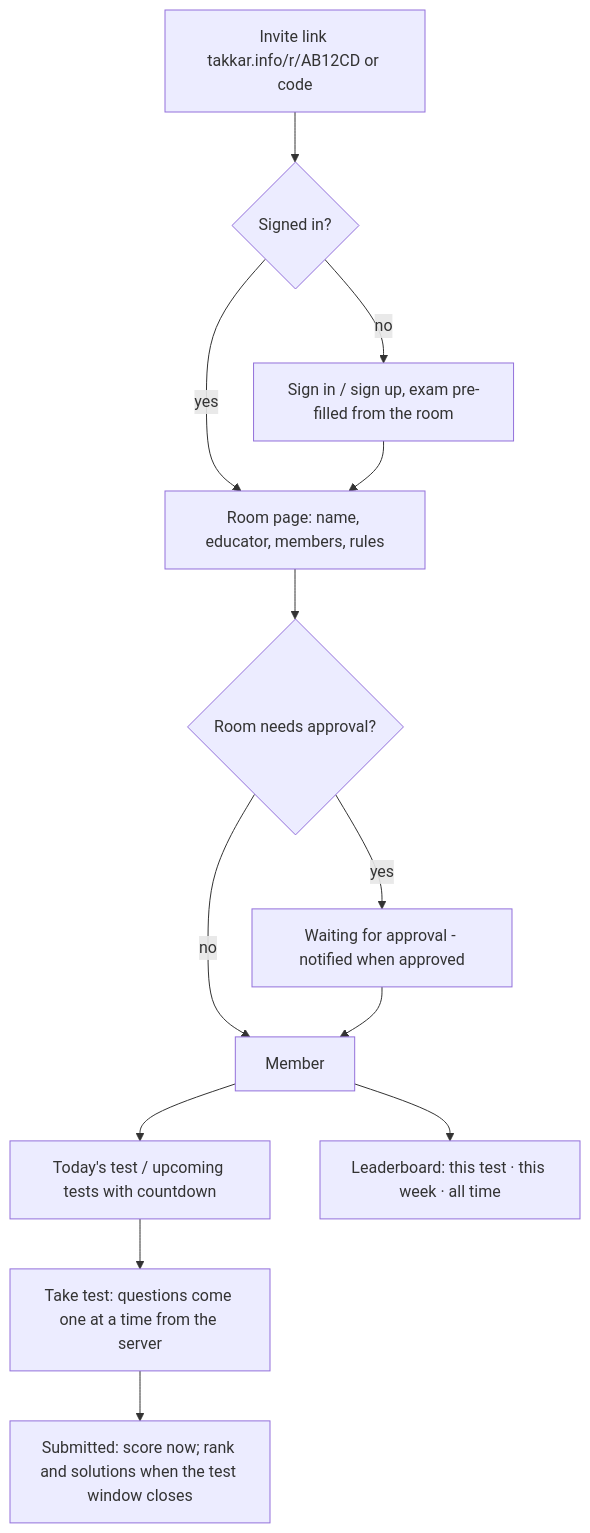
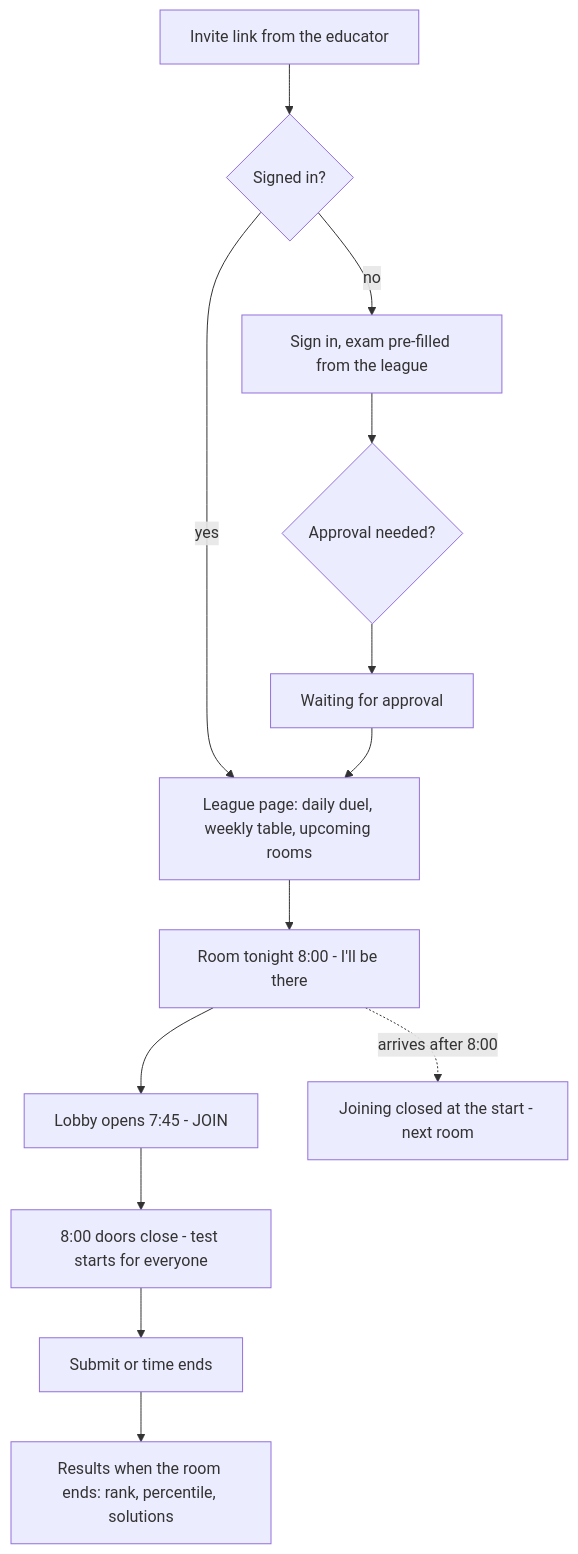
Before and after one commit to dharmendra3840/takkar: the fifth of 6 diagrams in design/02-user-flows.md, drawn with Mermaid. The commit also changed other lines of this file and 9 other files, not shown here.

````diff
--- a/design/02-user-flows.md
+++ b/design/02-user-flows.md
@@ -58,15 +71,13 @@
 ```mermaid
 flowchart TD
-  L[Invite link takkar.info/r/AB12CD or code] --> J{Signed in?}
-  J -- no --> S[Sign in / sign up, exam pre-filled from the room]
-  J -- yes --> K[Room page: name, educator, members, rules]
-  S --> K
-  K --> A{Room needs approval?}
-  A -- yes --> W[Waiting for approval - notified when approved]
-  A -- no --> IN[Member]
-  W --> IN
-  IN --> T[Today's test / upcoming tests with countdown]
-  T --> TT[Take test: questions come one at a time from the server]
-  TT --> TR[Submitted: score now; rank and solutions when the test window closes]
-  IN --> LB[Leaderboard: this test · this week · all time]
+  L[Invite link from the educator] --> S{Signed in?}
+  S -- no --> SU[Sign in, exam pre-filled from the league]
+  S -- yes --> LP[League page: daily duel, weekly table, upcoming rooms]
+  SU --> AP{Approval needed?} --> W[Waiting for approval] --> LP
+  LP --> RS[Room tonight 8:00 - I'll be there]
+  RS --> LB[Lobby opens 7:45 - JOIN]
+  LB --> LV[8:00 doors close - test starts for everyone]
+  LV --> SUB[Submit or time ends]
+  SUB --> RES[Results when the room ends: rank, percentile, solutions]
+  RS -.->|arrives after 8:00| LOCK[Joining closed at the start - next room]
 ```
````
